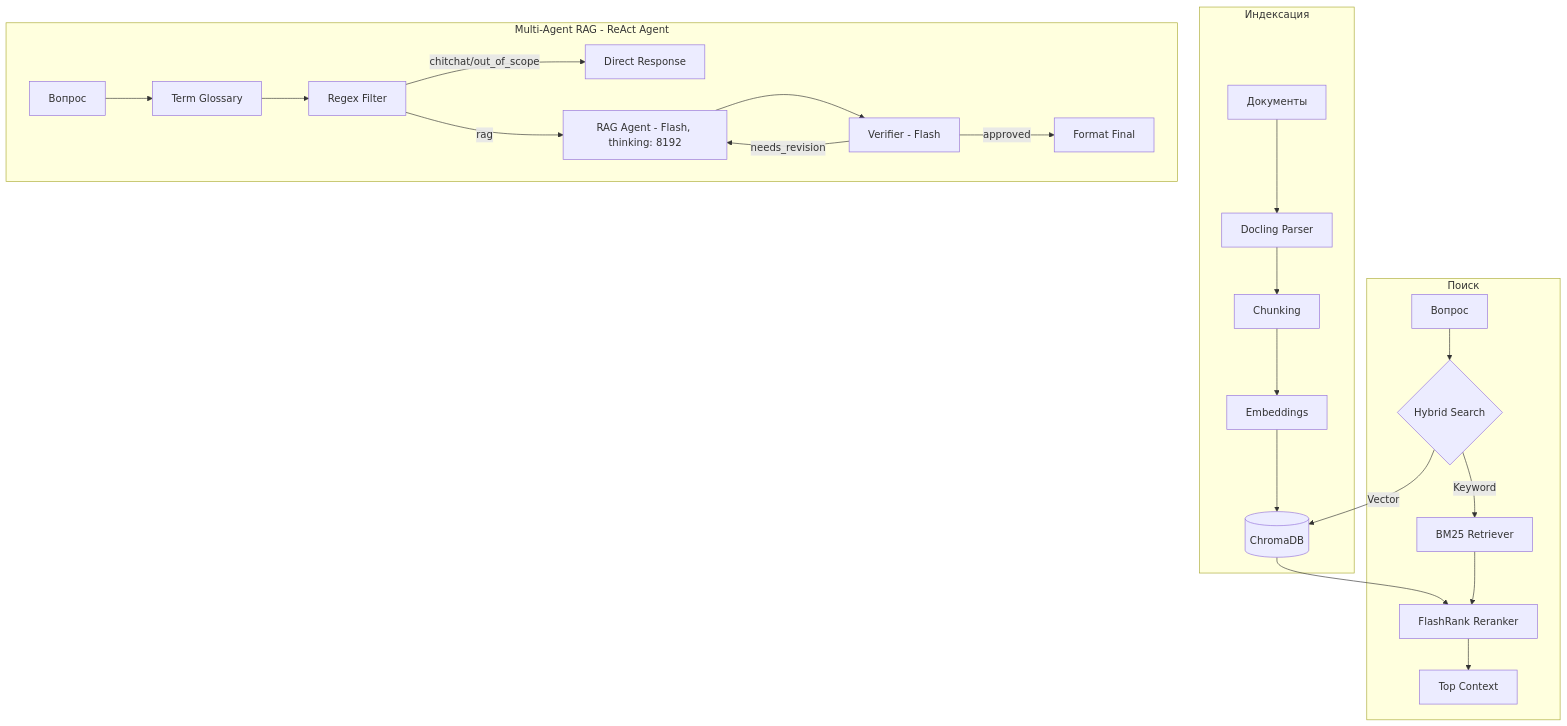
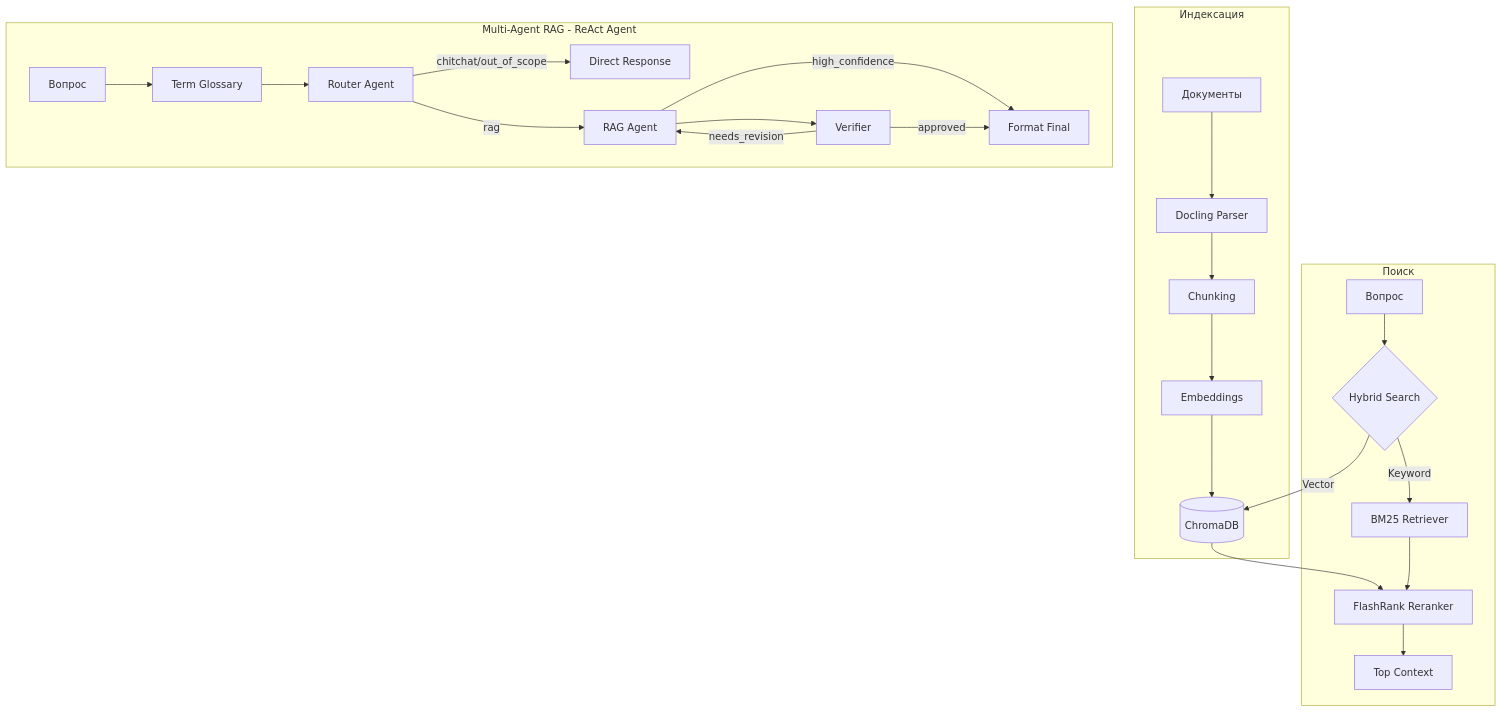
One commit to spqr-86/safety-incident-analyzer changed the diagram in README.md. Above: the diagram before and after it, drawn with Mermaid. The commit also changed other lines of this file and 25 other files, not shown here.

````diff
--- a/README.md
+++ b/README.md
@@ -133,27 +137,28 @@
 ```mermaid
 flowchart TD
     subgraph Ingestion [Индексация]
         Docs[Документы] --> Docling[Docling Parser]
         Docling --> Split[Chunking]
         Split --> Embed[Embeddings]
         Embed --> DB[(ChromaDB)]
     end
 
     subgraph Retrieval [Поиск]
         Query[Вопрос] --> Search{Hybrid Search}
         Search --> |Vector| DB
         Search --> |Keyword| BM25[BM25 Retriever]
         DB & BM25 --> Rerank[FlashRank Reranker]
         Rerank --> Context[Top Context]
     end
 
     subgraph MultiAgent [Multi-Agent RAG - ReAct Agent]
         Q2[Вопрос] --> Glossary[Term Glossary]
-        Glossary --> Filter[Regex Filter]
-        Filter -->|chitchat/out_of_scope| Direct[Direct Response]
-        Filter -->|rag| Agent[RAG Agent - Flash, thinking: 8192]
-        Agent --> VerifyMA[Verifier - Flash]
+        Glossary --> Router[Router Agent]
+        Router -->|chitchat/out_of_scope| Direct[Direct Response]
+        Router -->|rag| Agent[RAG Agent]
+        Agent --> VerifyMA[Verifier]
+        Agent -->|high_confidence| FinalMA
         VerifyMA -->|approved| FinalMA[Format Final]
         VerifyMA -->|needs_revision| Agent
     end
 ```
````
